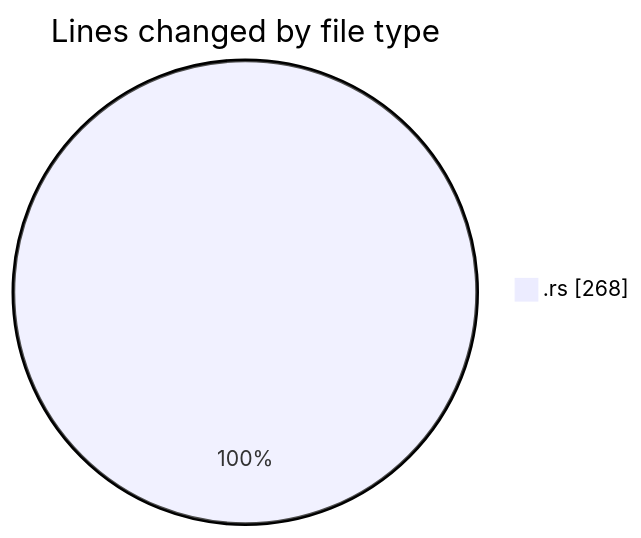
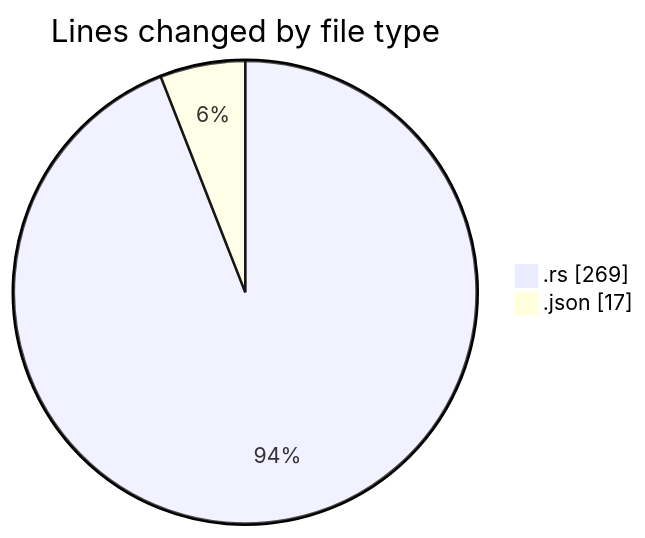
The first of 2 diagrams in 2025-12-28/rust/README.md (Ritupan-Deka/code-tracking), drawn with Mermaid before and after one commit. The commit also changed other lines of this file and 1 other file, not shown here.

````diff
--- a/2025-12-28/rust/README.md
+++ b/2025-12-28/rust/README.md
@@ -20,5 +21,6 @@
 ```mermaid
 pie showData
 title Lines changed by file type
-".rs" : 268
+".rs" : 269
+".json" : 17
 ```
````
